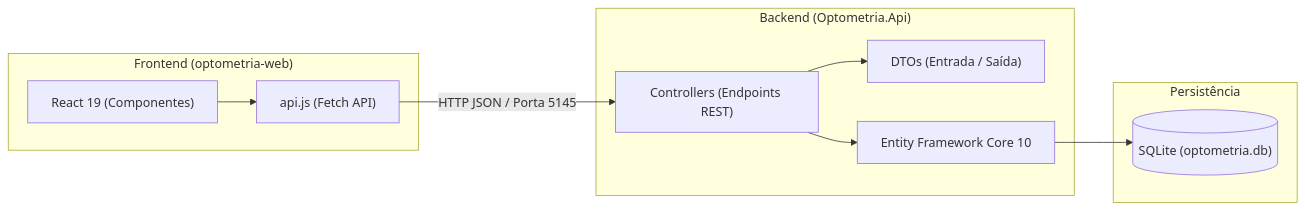
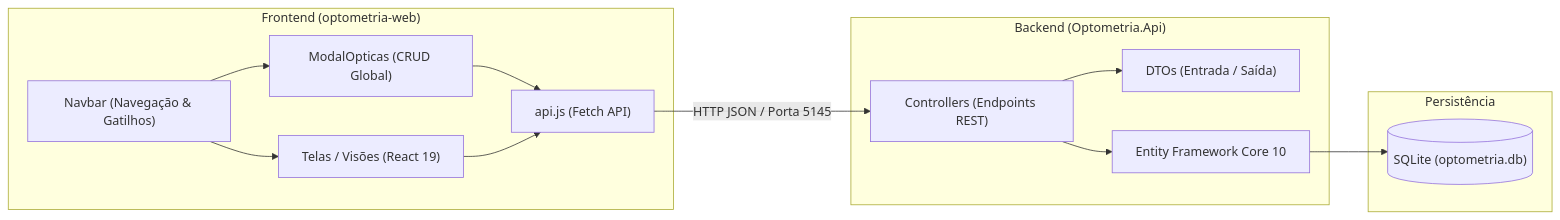
The first of 2 diagrams in docs/referencia-tecnica.md (devdherik/sistema-gestao-optometrica), drawn with Mermaid before and after one commit. The commit also changed other lines of this file and 3 other files, not shown here.

````diff
--- a/docs/referencia-tecnica.md
+++ b/docs/referencia-tecnica.md
@@ -11,23 +11,29 @@
 ```mermaid
 flowchart LR
     subgraph Frontend ["Frontend (optometria-web)"]
-        UI["React 19 (Componentes)"]
+        Navbar["Navbar (Navegação & Gatilhos)"]
+        ModalOpticas["ModalOpticas (CRUD Global)"]
+        Views["Telas / Visões (React 19)"]
         Service["api.js (Fetch API)"]
-        UI --> Service
+        
+        Navbar --> ModalOpticas
+        Navbar --> Views
+        ModalOpticas --> Service
+        Views --> Service
     end
 
     subgraph Backend ["Backend (Optometria.Api)"]
         Controller["Controllers (Endpoints REST)"]
         DTO["DTOs (Entrada / Saída)"]
         EF["Entity Framework Core 10"]
         Controller --> DTO
         Controller --> EF
     end
 
     subgraph Database ["Persistência"]
         SQLite[("SQLite (optometria.db)")]
         EF --> SQLite
     end
 
     Service -->|HTTP JSON / Porta 5145| Controller
 ```
````
